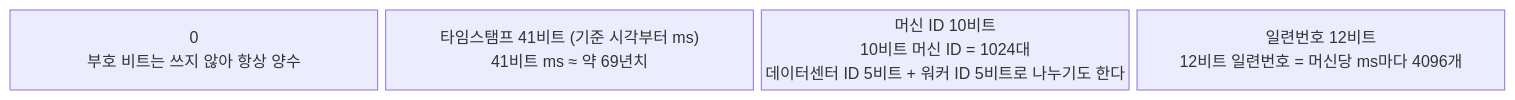
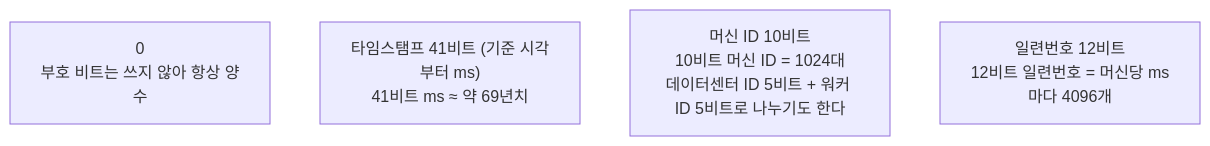
The diagram in content/knowledge/Backend/Database/distributed-unique-id.md (HerrineKim/riverlog), drawn with Mermaid before and after one commit. The commit also changed 5 other files, not shown here.

First line of the commit message:
docs(knowledge): block-beta 다이어그램을 flowchart로 (일부)

````diff
--- a/content/knowledge/Backend/Database/distributed-unique-id.md
+++ b/content/knowledge/Backend/Database/distributed-unique-id.md
@@ -38,8 +38,4 @@
 ```mermaid
-block-beta
-  columns 4
-  Sign["0<br/>부호 비트는 쓰지 않아 항상 양수"]
-  Ts["타임스탬프 41비트 (기준 시각부터 ms)<br/>41비트 ms ≈ 약 69년치"]
-  Machine["머신 ID 10비트<br/>10비트 머신 ID = 1024대<br/>데이터센터 ID 5비트 + 워커 ID 5비트로 나누기도 한다"]
-  Seq["일련번호 12비트<br/>12비트 일련번호 = 머신당 ms마다 4096개"]
+flowchart LR
+  Sign["0<br/>부호 비트는 쓰지 않아 항상 양수"] ~~~ Ts["타임스탬프 41비트 (기준 시각부터 ms)<br/>41비트 ms ≈ 약 69년치"] ~~~ Machine["머신 ID 10비트<br/>10비트 머신 ID = 1024대<br/>데이터센터 ID 5비트 + 워커 ID 5비트로 나누기도 한다"] ~~~ Seq["일련번호 12비트<br/>12비트 일련번호 = 머신당 ms마다 4096개"]
 ```
````
